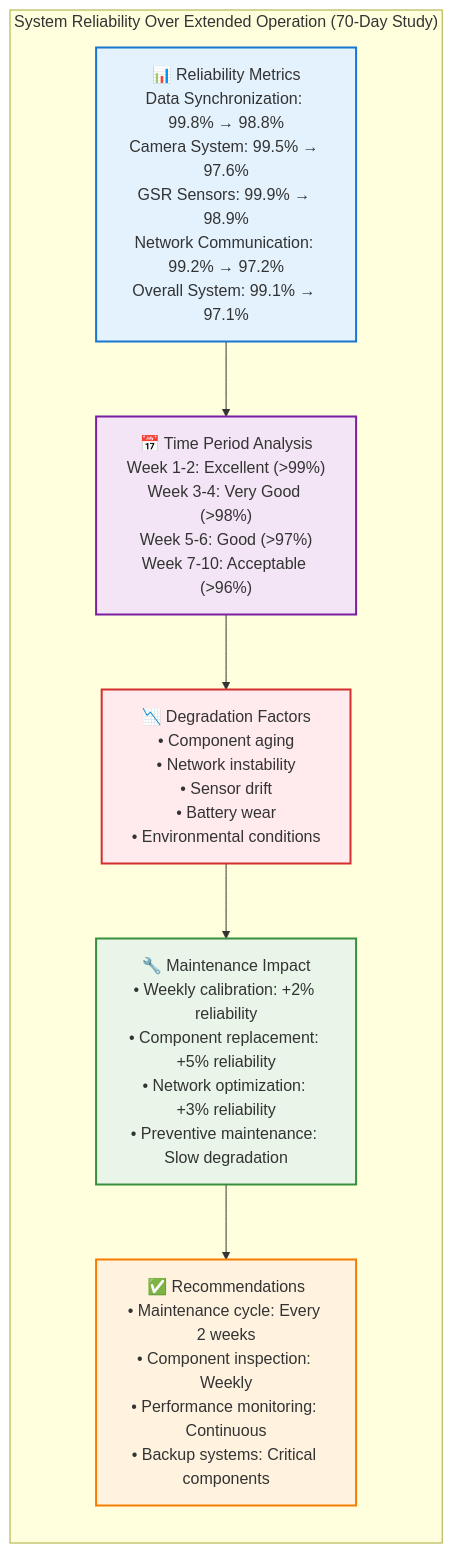
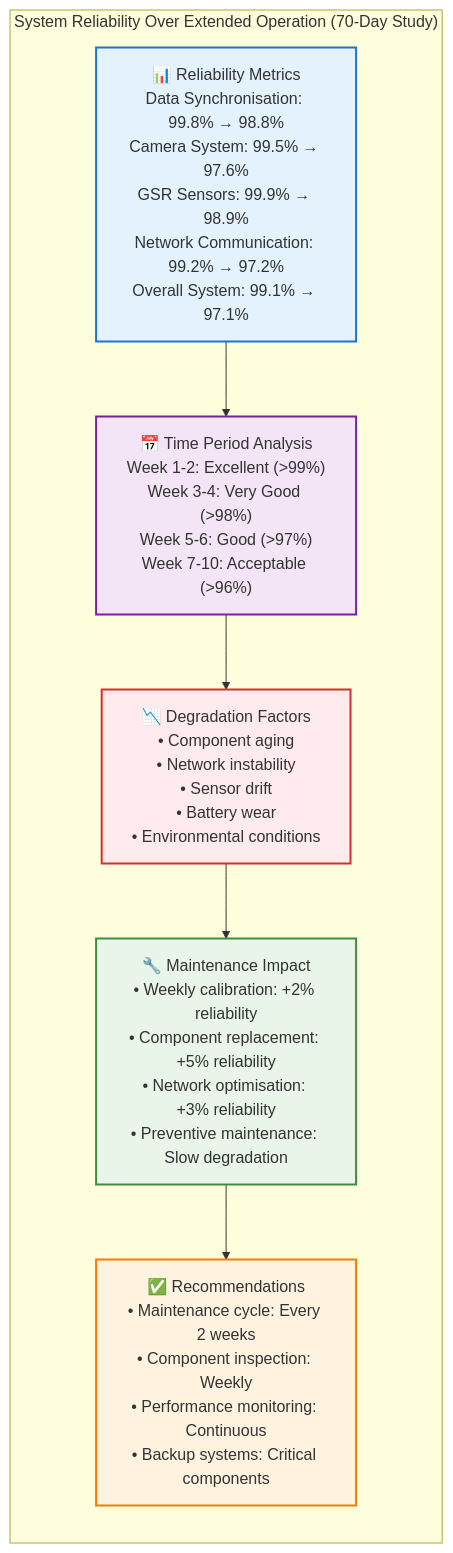
One commit to buccancs/fyp-multi-sensor-recording-system changed diagram 15 of 19 in docs/diagrams/missing_diagrams_generated.md. Above: the diagram before and after it, drawn with Mermaid. The commit also changed other lines of this file and 56 other files, not shown here.

````diff
--- a/docs/diagrams/missing_diagrams_generated.md
+++ b/docs/diagrams/missing_diagrams_generated.md
@@ -1079,33 +1079,33 @@
 ```mermaid
 graph TD
     subgraph RELIABILITY_CHART ["System Reliability Over Extended Operation (70-Day Study)"]
         direction TB
         
-        METRICS["📊 Reliability Metrics<br/>Data Synchronization: 99.8% → 98.8%<br/>Camera System: 99.5% → 97.6%<br/>GSR Sensors: 99.9% → 98.9%<br/>Network Communication: 99.2% → 97.2%<br/>Overall System: 99.1% → 97.1%"]
+        METRICS["📊 Reliability Metrics<br/>Data Synchronisation: 99.8% → 98.8%<br/>Camera System: 99.5% → 97.6%<br/>GSR Sensors: 99.9% → 98.9%<br/>Network Communication: 99.2% → 97.2%<br/>Overall System: 99.1% → 97.1%"]
         
         TIMEPERIODS["📅 Time Period Analysis<br/>Week 1-2: Excellent (>99%)<br/>Week 3-4: Very Good (>98%)<br/>Week 5-6: Good (>97%)<br/>Week 7-10: Acceptable (>96%)"]
         
         DEGRADATION["📉 Degradation Factors<br/>• Component aging<br/>• Network instability<br/>• Sensor drift<br/>• Battery wear<br/>• Environmental conditions"]
         
-        MAINTENANCE["🔧 Maintenance Impact<br/>• Weekly calibration: +2% reliability<br/>• Component replacement: +5% reliability<br/>• Network optimization: +3% reliability<br/>• Preventive maintenance: Slow degradation"]
+        MAINTENANCE["🔧 Maintenance Impact<br/>• Weekly calibration: +2% reliability<br/>• Component replacement: +5% reliability<br/>• Network optimisation: +3% reliability<br/>• Preventive maintenance: Slow degradation"]
         
         RECOMMENDATION["✅ Recommendations<br/>• Maintenance cycle: Every 2 weeks<br/>• Component inspection: Weekly<br/>• Performance monitoring: Continuous<br/>• Backup systems: Critical components"]
     end
     
     METRICS --> TIMEPERIODS
     TIMEPERIODS --> DEGRADATION
     DEGRADATION --> MAINTENANCE
     MAINTENANCE --> RECOMMENDATION
     
     classDef metrics fill:#e3f2fd,stroke:#1976d2,stroke-width:2px
     classDef analysis fill:#f3e5f5,stroke:#7b1fa2,stroke-width:2px
     classDef factors fill:#ffebee,stroke:#d32f2f,stroke-width:2px
     classDef maintenance fill:#e8f5e8,stroke:#388e3c,stroke-width:2px
     classDef recommendation fill:#fff3e0,stroke:#f57c00,stroke-width:2px
     
     class METRICS metrics
     class TIMEPERIODS analysis
     class DEGRADATION factors
     class MAINTENANCE maintenance
     class RECOMMENDATION recommendation
 ```
````
